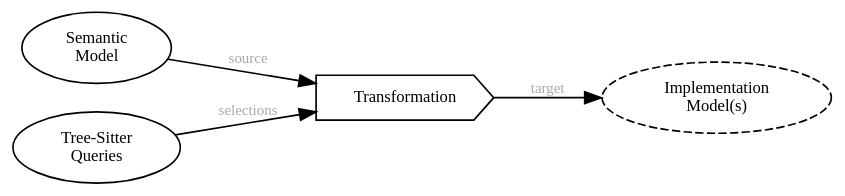
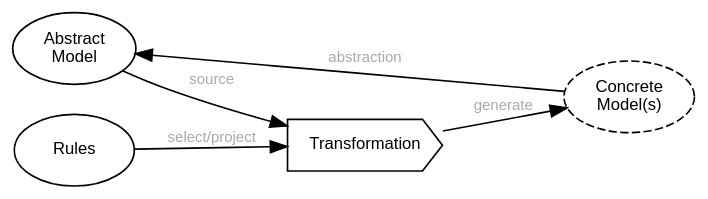
The third of 4 diagrams in docs/introduction.org (sdm-lang/tree-sitter-sdml), drawn with Graphviz before and after one commit. The commit also changed other lines of this file and 18 other files, not shown here.

Commit message:
Doc restructure, css update, and png -> svg change

```diff
--- a/docs/introduction.org
+++ b/docs/introduction.org
@@ -61,17 +130,19 @@
-#+BEGIN_SRC dot :file model-transforms.png :exports results
+#+BEGIN_SRC dot :file model-transforms.svg :exports results
 digraph G {
   bgcolor="transparent";
   rankdir="LR";
-  node [fontsize=10];
-  edge [fontsize=9; fontcolor=darkgrey];
+  fontname="Helvetica,Arial,sans-serif";
+  node [fontname="Helvetica,Arial,sans-serif"; fontsize=10; width=1.0; height=0.6];
+  edge [fontname="Helvetica,Arial,sans-serif"; fontsize=9; fontcolor="darkgrey"];
 
-  semantics [shape="ellipse"; label="Semantic\nModel"];
+  semantics [shape="ellipse"; label="Abstract\nModel"];
   transform [shape="cds"; margin="0.2,0.2"; label="Transformation"];
-  tsq [shape="ellipse"; label="Tree-Sitter\nQueries"];
-  other [shape="ellipse"; style="dashed"; label="Implementation\nModel(s)"];
+  tsq [shape="ellipse"; label="Rules"];
+  other [shape="ellipse"; style="dashed"; label="Concrete\nModel(s)"];
 
   semantics -> transform [label="source"];
-  tsq -> transform [label="selections"];
-  transform -> other [label="target"];
+  tsq -> transform [label="select/project"];
+  transform -> other [label="generate"];
+  other -> semantics [label="abstraction"];
 }
 #+END_SRC
```
